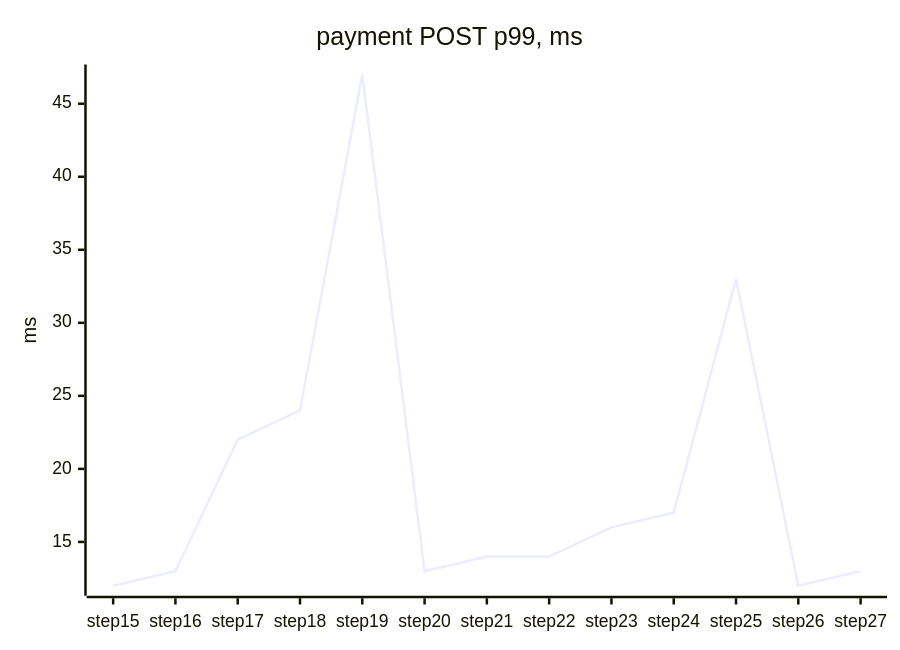
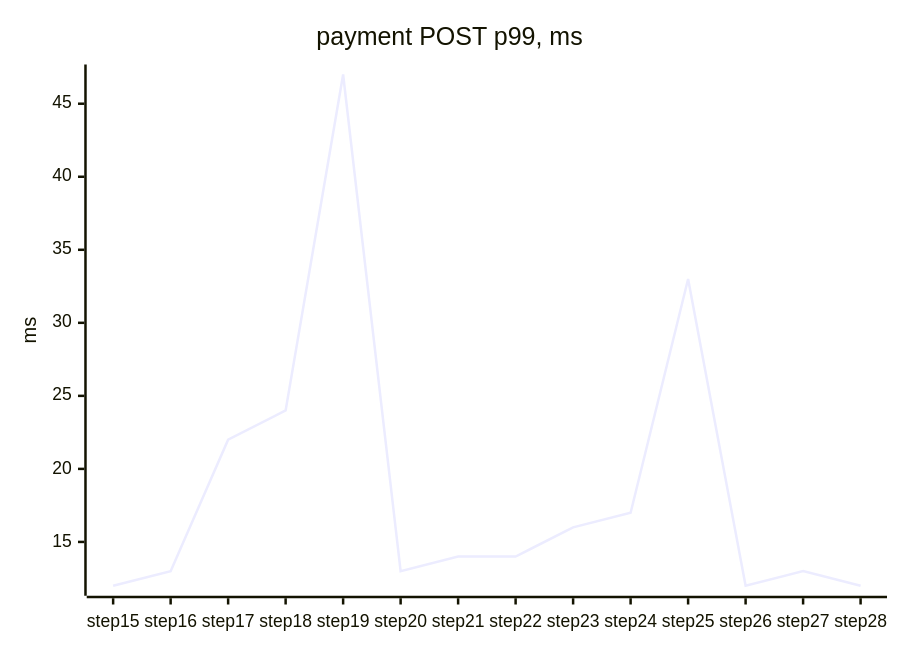
The third of 4 diagrams in docs/perf/README.md (tanvoid0/ledgerflow), drawn with Mermaid before and after one commit. The commit also changed other lines of this file and 4 other files, not shown here.

````diff
--- a/docs/perf/README.md
+++ b/docs/perf/README.md
@@ -110,7 +113,7 @@
 ```mermaid
 xychart-beta
     title "payment POST p99, ms"
-    x-axis ["step15", "step16", "step17", "step18", "step19", "step20", "step21", "step22", "step23", "step24", "step25", "step26", "step27"]
+    x-axis ["step15", "step16", "step17", "step18", "step19", "step20", "step21", "step22", "step23", "step24", "step25", "step26", "step27", "step28"]
     y-axis "ms"
-    line [12, 13, 22, 24, 47, 13, 14, 14, 16, 17, 33, 12, 13]
+    line [12, 13, 22, 24, 47, 13, 14, 14, 16, 17, 33, 12, 13, 12]
 ```
````
